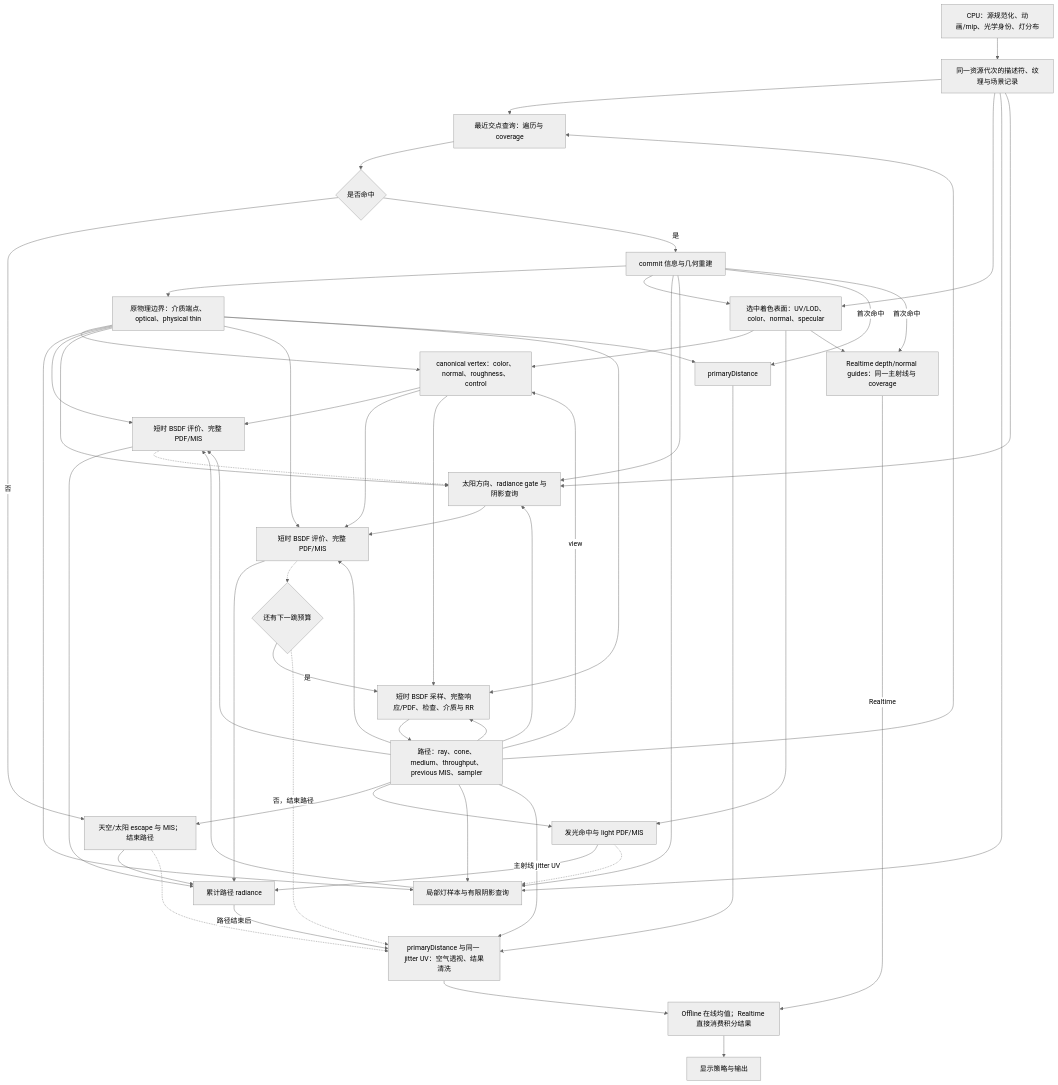
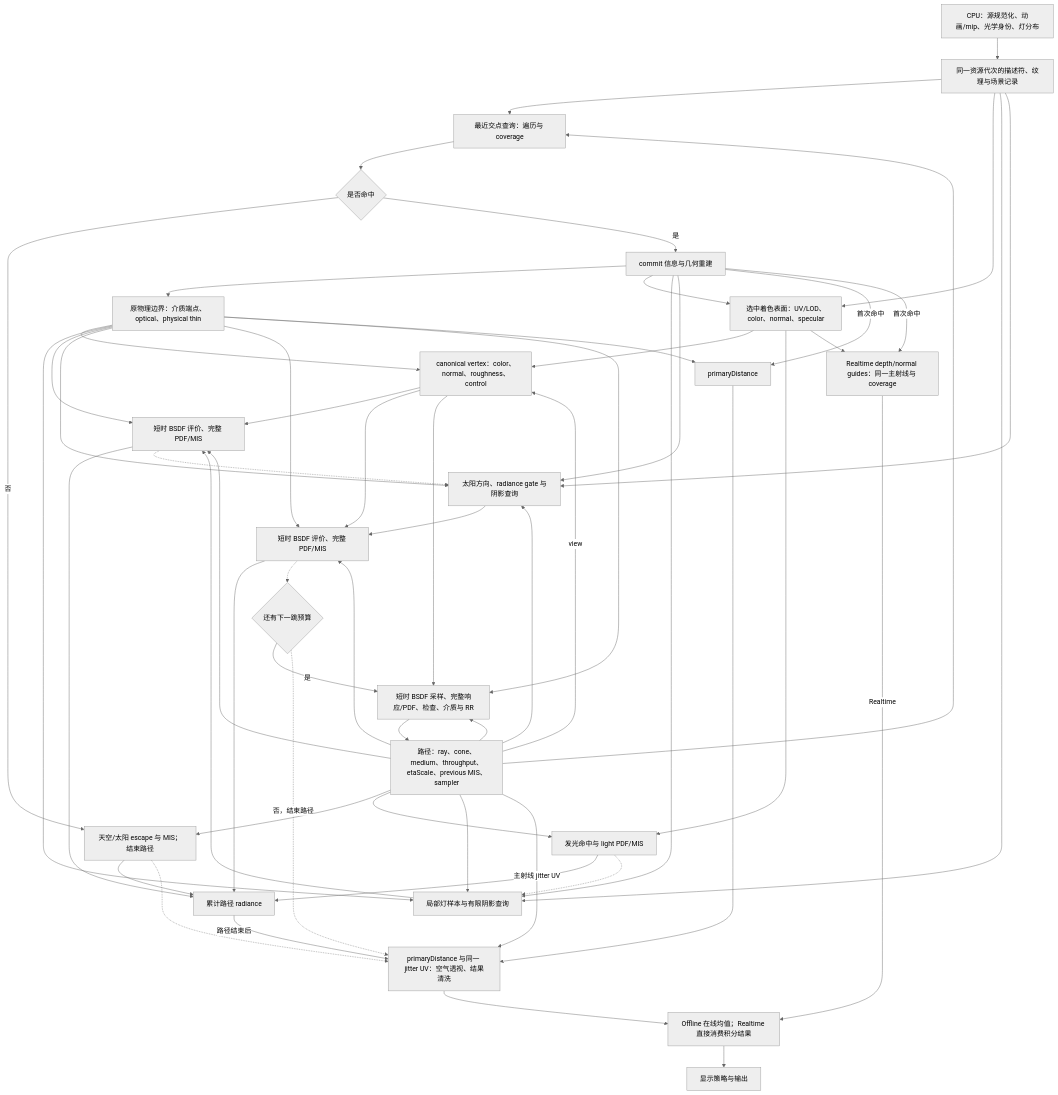
One commit to bWFuanVzYWth/prime changed the diagram in docs/pt-state-design.md. Above: the diagram before and after it, drawn with Mermaid (neutral theme). The commit also changed other lines of this file and 17 other files, not shown here.

Commit message:
Port eta-aware roulette and default 12-vertex path budget

````diff
--- a/docs/pt-state-design.md
+++ b/docs/pt-state-design.md
@@ -11,58 +11,58 @@
 ```mermaid
 flowchart TD
     CPU["CPU：源规范化、动画/mip、光学身份、灯分布"] --> PUB["同一资源代次的描述符、纹理与场景记录"]
     PUB --> QUERY["最近交点查询：遍历与 coverage"]
-    PATH["路径：ray、cone、medium、throughput、previous MIS、sampler"] --> QUERY
+    PATH["路径：ray、cone、medium、throughput、etaScale、previous MIS、sampler"] --> QUERY
     QUERY --> FOUND{"是否命中"}
     FOUND -->|否| SKY["天空/太阳 escape 与 MIS；结束路径"]
     PATH --> SKY
     SKY --> ACCUM["累计路径 radiance"]
     FOUND -->|是| GEO["commit 信息与几何重建"]
     GEO --> BOUNDARY["原物理边界：介质端点、optical、physical thin"]
     GEO --> RAW["选中着色表面：UV/LOD、color、normal、specular"]
     PUB --> RAW
     RAW --> VERTEX["canonical vertex：color、normal、roughness、control"]
     BOUNDARY --> VERTEX
     PATH -->|view| VERTEX
     RAW --> EMIT["发光命中与 light PDF/MIS"]
     PATH --> EMIT
     EMIT --> ACCUM
     GEO --> LOCAL_QUERY["局部灯样本与有限阴影查询"]
     BOUNDARY --> LOCAL_QUERY
     PUB --> LOCAL_QUERY
     PATH --> LOCAL_QUERY
     LOCAL_QUERY --> LOCAL_EVAL["短时 BSDF 评价、完整 PDF/MIS"]
     VERTEX --> LOCAL_EVAL
     BOUNDARY --> LOCAL_EVAL
     PATH --> LOCAL_EVAL
     LOCAL_EVAL --> ACCUM
     GEO --> SUN_QUERY["太阳方向、radiance gate 与阴影查询"]
     BOUNDARY --> SUN_QUERY
     PUB --> SUN_QUERY
     PATH --> SUN_QUERY
     SUN_QUERY --> SUN_EVAL["短时 BSDF 评价、完整 PDF/MIS"]
     VERTEX --> SUN_EVAL
     BOUNDARY --> SUN_EVAL
     PATH --> SUN_EVAL
     SUN_EVAL --> ACCUM
     EMIT -.-> LOCAL_QUERY
     LOCAL_EVAL -.-> SUN_QUERY
     SUN_EVAL -.-> LIMIT{"还有下一跳预算"}
     LIMIT -->|是| NEXT["短时 BSDF 采样、完整响应/PDF、检查、介质与 RR"]
     VERTEX --> NEXT
     BOUNDARY --> NEXT
     PATH --> NEXT
     NEXT --> PATH
     ACCUM -->|路径结束后| POST["primaryDistance 与同一 jitter UV：空气透视、结果清洗"]
     LIMIT -.->|否，结束路径| POST
     SKY -.-> POST
     GEO -->|首次命中| PRIMARY["primaryDistance"]
     BOUNDARY --> PRIMARY
     PRIMARY --> POST
     PATH -->|主射线 jitter UV| POST
     GEO -->|首次命中| GUIDES["Realtime depth/normal guides：同一主射线与 coverage"]
     RAW --> GUIDES
     POST --> HISTORY["Offline 在线均值；Realtime 直接消费积分结果"]
     GUIDES -->|Realtime| HISTORY
     HISTORY --> DISPLAY["显示策略与输出"]
 ```
````
